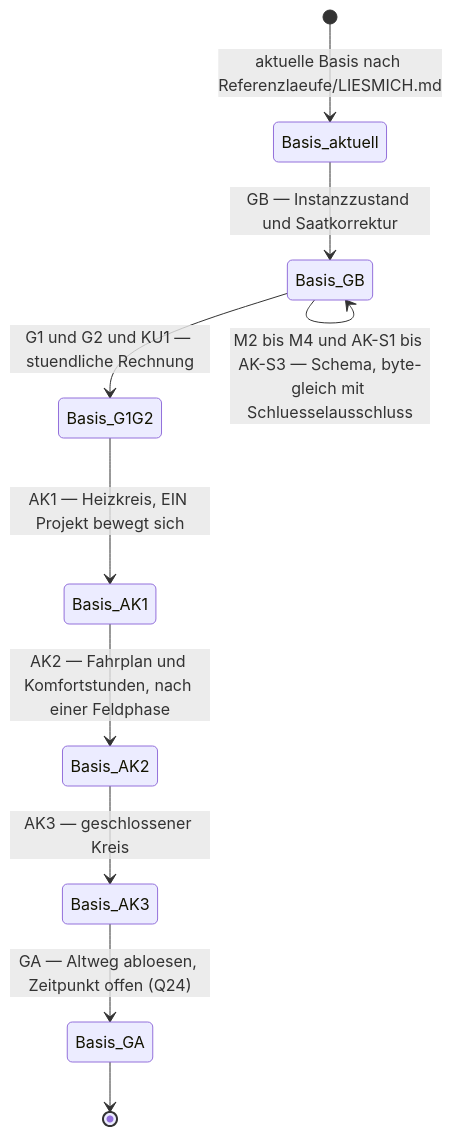
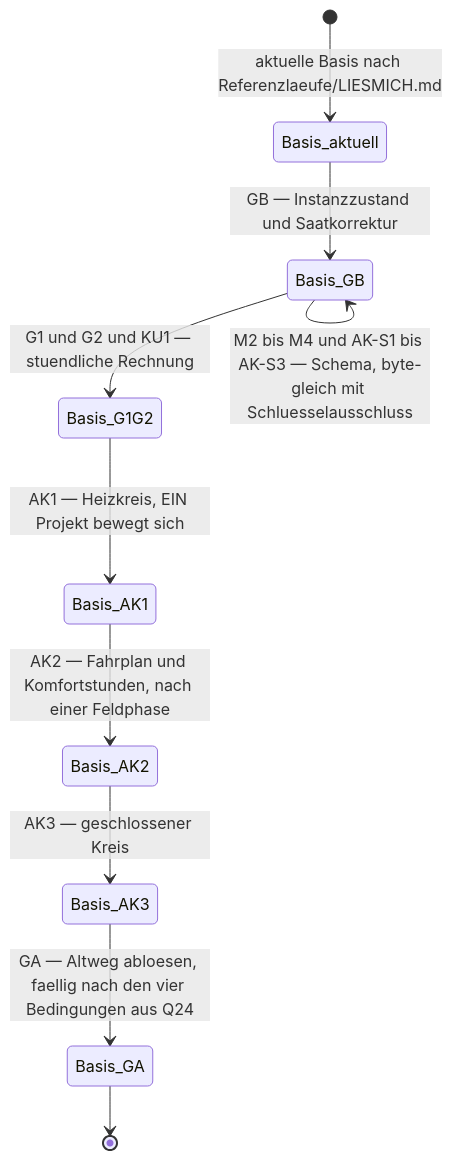
Before and after one commit to inekon/EPOS-Plan: the fourth of 4 diagrams in Dokumentation/aktuell/Konzept_Anlagenkopplung_Gebaeudesimulation_EPOS-Plan.md, drawn with Mermaid. The commit also changed other lines of this file and 13 other files, not shown here.

````diff
--- a/Dokumentation/aktuell/Konzept_Anlagenkopplung_Gebaeudesimulation_EPOS-Plan.md
+++ b/Dokumentation/aktuell/Konzept_Anlagenkopplung_Gebaeudesimulation_EPOS-Plan.md
@@ -1865,12 +1878,12 @@
 ```mermaid
 stateDiagram-v2
   [*] --> Basis_aktuell : aktuelle Basis nach Referenzlaeufe/LIESMICH.md
   Basis_aktuell --> Basis_GB : GB — Instanzzustand und Saatkorrektur
   Basis_GB --> Basis_GB : M2 bis M4 und AK-S1 bis AK-S3 — Schema, byte-gleich mit Schluesselausschluss
   Basis_GB --> Basis_G1G2 : G1 und G2 und KU1 — stuendliche Rechnung
   Basis_G1G2 --> Basis_AK1 : AK1 — Heizkreis, EIN Projekt bewegt sich
   Basis_AK1 --> Basis_AK2 : AK2 — Fahrplan und Komfortstunden, nach einer Feldphase
   Basis_AK2 --> Basis_AK3 : AK3 — geschlossener Kreis
-  Basis_AK3 --> Basis_GA : GA — Altweg abloesen, Zeitpunkt offen (Q24)
+  Basis_AK3 --> Basis_GA : GA — Altweg abloesen, faellig nach den vier Bedingungen aus Q24
   Basis_GA --> [*]
 ```
````
